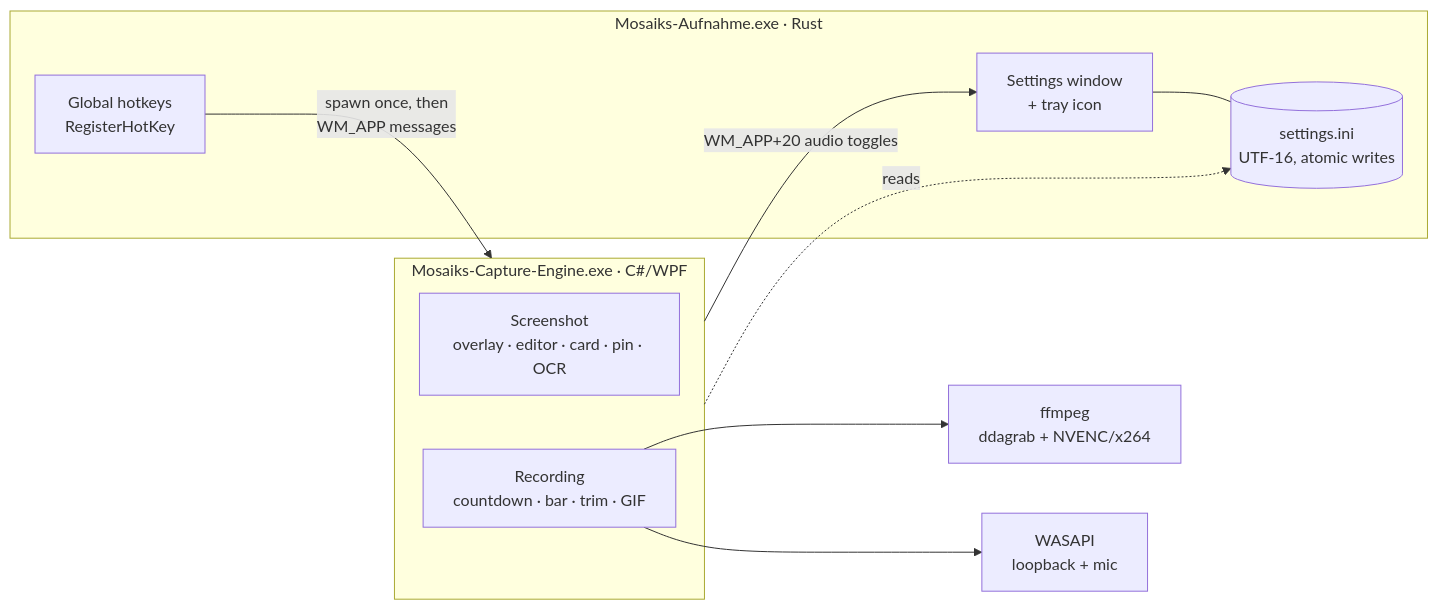
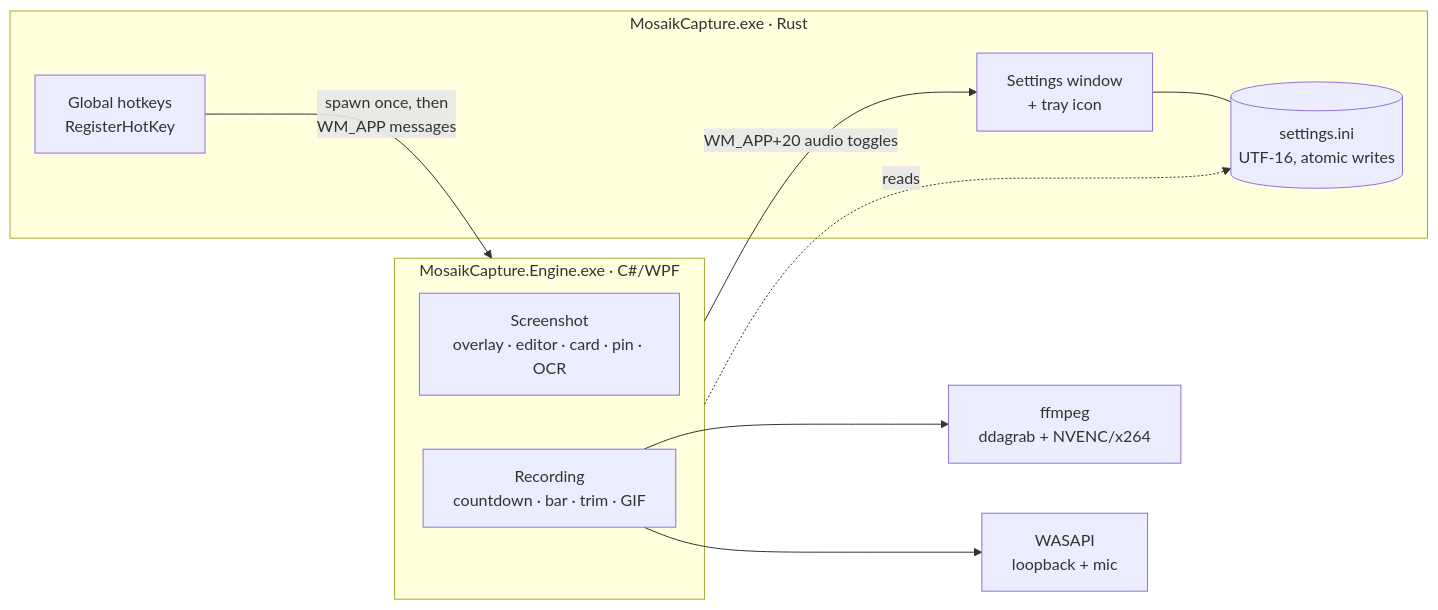
One commit to Mosaik114/mosaik-capture changed the diagram in README.md. Above: the diagram before and after it, drawn with Mermaid. The commit also changed other lines of this file and 6 other files, not shown here.

First line of the commit message:
Update build, CI and docs for the MosaikCapture names

````diff
--- a/README.md
+++ b/README.md
@@ -58,21 +58,21 @@
 ```mermaid
 flowchart LR
-    subgraph host["Mosaiks-Aufnahme.exe · Rust"]
+    subgraph host["MosaikCapture.exe · Rust"]
         HK["Global hotkeys<br/>RegisterHotKey"]
         UI["Settings window<br/>+ tray icon"]
         CFG[("settings.ini<br/>UTF-16, atomic writes")]
     end
-    subgraph engine["Mosaiks-Capture-Engine.exe · C#/WPF"]
+    subgraph engine["MosaikCapture.Engine.exe · C#/WPF"]
         SHOT["Screenshot<br/>overlay · editor · card · pin · OCR"]
         REC["Recording<br/>countdown · bar · trim · GIF"]
     end
     FF["ffmpeg<br/>ddagrab + NVENC/x264"]
     WAS["WASAPI<br/>loopback + mic"]
 
     HK -- "spawn once, then<br/>WM_APP messages" --> engine
     engine -- "WM_APP+20 audio toggles" --> UI
     UI --- CFG
     engine -. reads .-> CFG
     REC --> FF
     REC --> WAS
 ```
````
